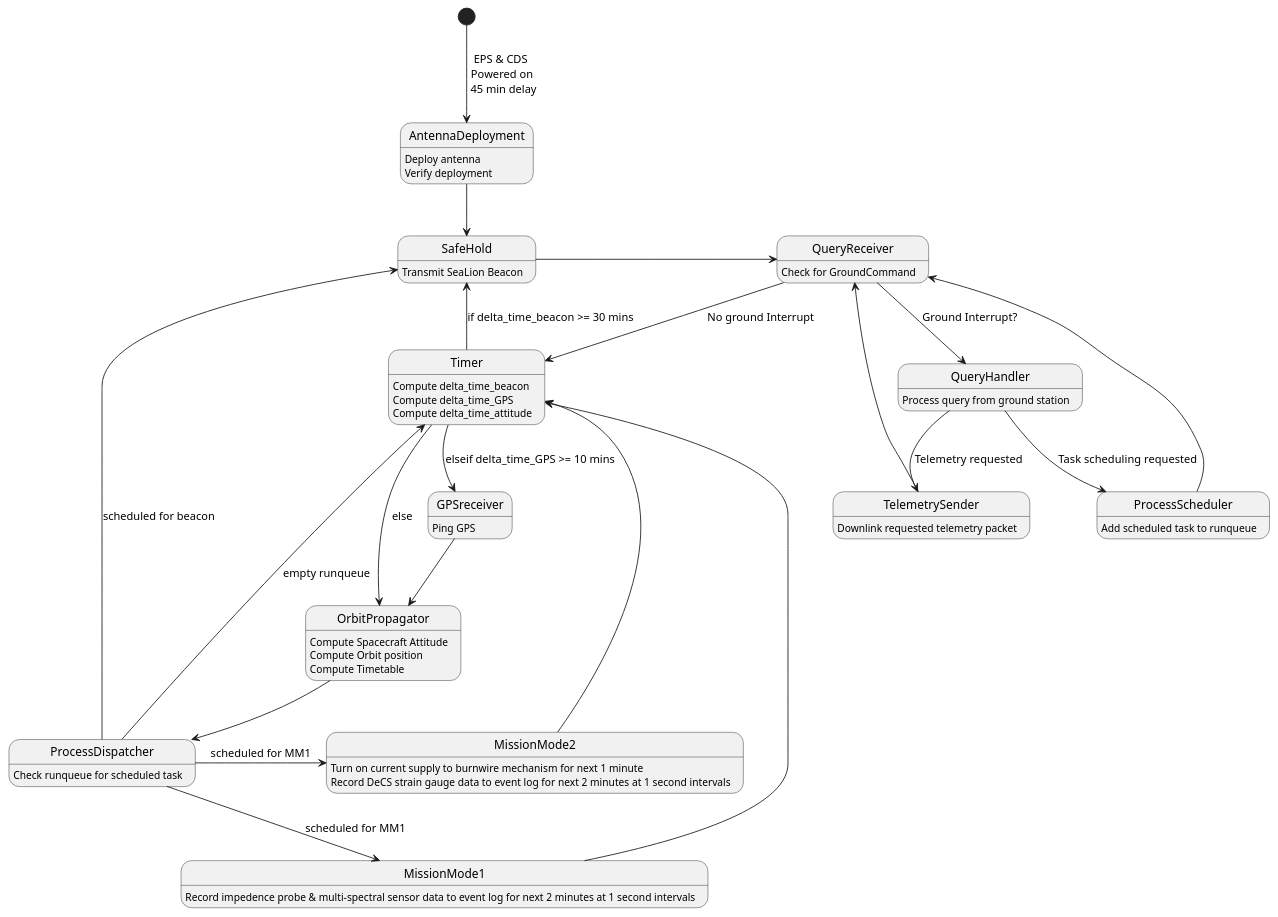
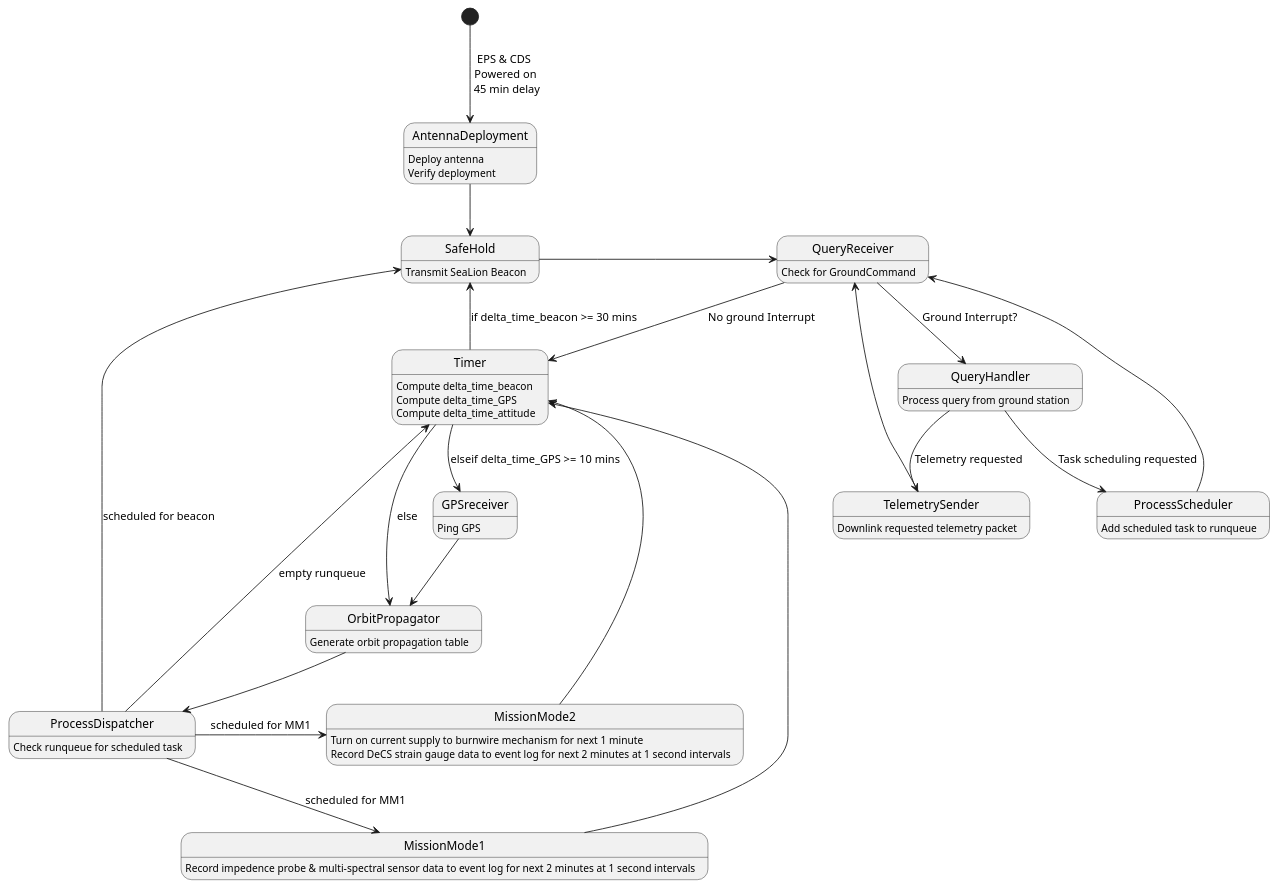
Before and after one commit to ODU-CGA-CubeSat/FSW: the diagram in fsw-architecture/operating-mode-as-fsm.puml, drawn with PlantUML.

Commit message:
update OrbitPropagator description

```diff
--- a/fsw-architecture/operating-mode-as-fsm.puml
+++ b/fsw-architecture/operating-mode-as-fsm.puml
@@ -1,54 +1,52 @@
 @startuml
 
 state AntennaDeployment
       AntennaDeployment : Deploy antenna
       AntennaDeployment : Verify deployment
 state SafeHold
       SafeHold : Transmit SeaLion Beacon
 state QueryReceiver
       QueryReceiver : Check for GroundCommand
 state TelemetrySender
       TelemetrySender : Downlink requested telemetry packet
 state Timer
       Timer : Compute delta_time_beacon
       Timer : Compute delta_time_GPS
       Timer : Compute delta_time_attitude
 state MissionMode1
       MissionMode1 : Record impedence probe & multi-spectral sensor data to event log for next 2 minutes at 1 second intervals
 state MissionMode2
       MissionMode2 : Turn on current supply to burnwire mechanism for next 1 minute
       MissionMode2 : Record DeCS strain gauge data to event log for next 2 minutes at 1 second intervals
 state ProcessDispatcher
       ProcessDispatcher : Check runqueue for scheduled task
 state OrbitPropagator
-      OrbitPropagator : Compute Spacecraft Attitude
-      OrbitPropagator : Compute Orbit position
-      OrbitPropagator : Compute Timetable
+      OrbitPropagator : Generate orbit propagation table
 state GPSreceiver
       GPSreceiver : Ping GPS
 state QueryHandler
       QueryHandler : Process query from ground station
 state ProcessScheduler
       ProcessScheduler : Add scheduled task to runqueue
 
 [*] --> AntennaDeployment : EPS & CDS \n Powered on \n 45 min delay
 AntennaDeployment --> SafeHold
 SafeHold -> QueryReceiver
 QueryReceiver --> QueryHandler : Ground Interrupt?
 QueryReceiver -> Timer : No ground Interrupt
 QueryHandler --> TelemetrySender : Telemetry requested
 QueryHandler --> ProcessScheduler : Task scheduling requested
 TelemetrySender --> QueryReceiver
 ProcessScheduler --> QueryReceiver
 MissionMode1 --> Timer
 MissionMode2 --> Timer
 GPSreceiver --> OrbitPropagator
 OrbitPropagator --> ProcessDispatcher
 Timer --> SafeHold : if delta_time_beacon >= 30 mins
 Timer --> GPSreceiver : elseif delta_time_GPS >= 10 mins
 Timer --> OrbitPropagator : else
 ProcessDispatcher --> SafeHold : scheduled for beacon
 ProcessDispatcher --> MissionMode1 : scheduled for MM1
 ProcessDispatcher -> MissionMode2 : scheduled for MM1
 ProcessDispatcher --> Timer : empty runqueue
 @enduml
```
